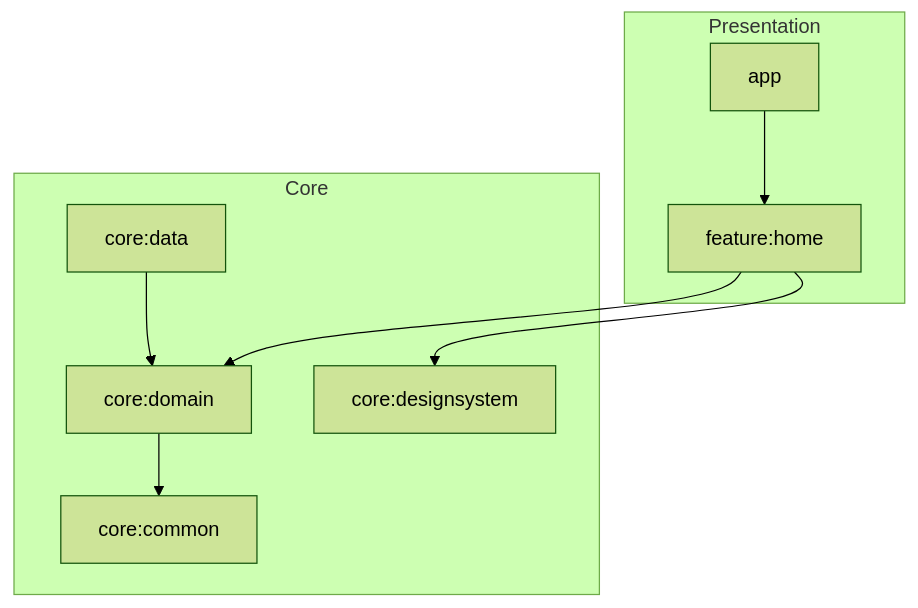
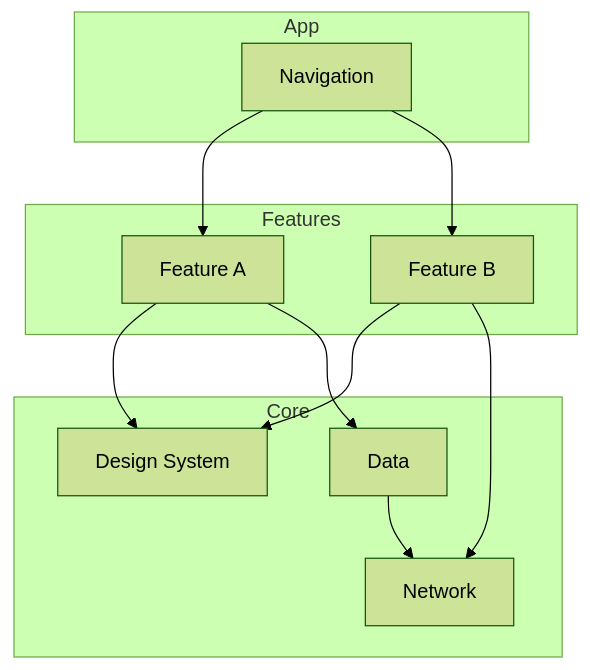
One commit to kanav22/android-platform-starter changed the diagram in README.md. Above: the diagram before and after it, drawn with Mermaid (forest theme). The commit also changed other lines of this file, not shown here.

Commit message:
Polish README with badges, architecture diagram, and quick start

````diff
--- a/README.md
+++ b/README.md
@@ -34,18 +56,25 @@
 ```mermaid
 flowchart TB
-    subgraph presentation [Presentation]
-        App[app]
-        Feature[feature:home]
+    subgraph App
+        Nav[Navigation]
     end
-    subgraph core_layer [Core]
-        Domain[core:domain]
-        Data[core:data]
-        Design[core:designsystem]
-        Common[core:common]
+
+    subgraph Features
+        F1[Feature A]
+        F2[Feature B]
     end
-    App --> Feature
-    Feature --> Domain
-    Feature --> Design
-    Data --> Domain
-    Domain --> Common
+
+    subgraph Core
+        DS[Design System]
+        Net[Network]
+        Data[Data]
+    end
+
+    Nav --> F1
+    Nav --> F2
+    F1 --> DS
+    F1 --> Data
+    F2 --> DS
+    F2 --> Net
+    Data --> Net
 ```
````
